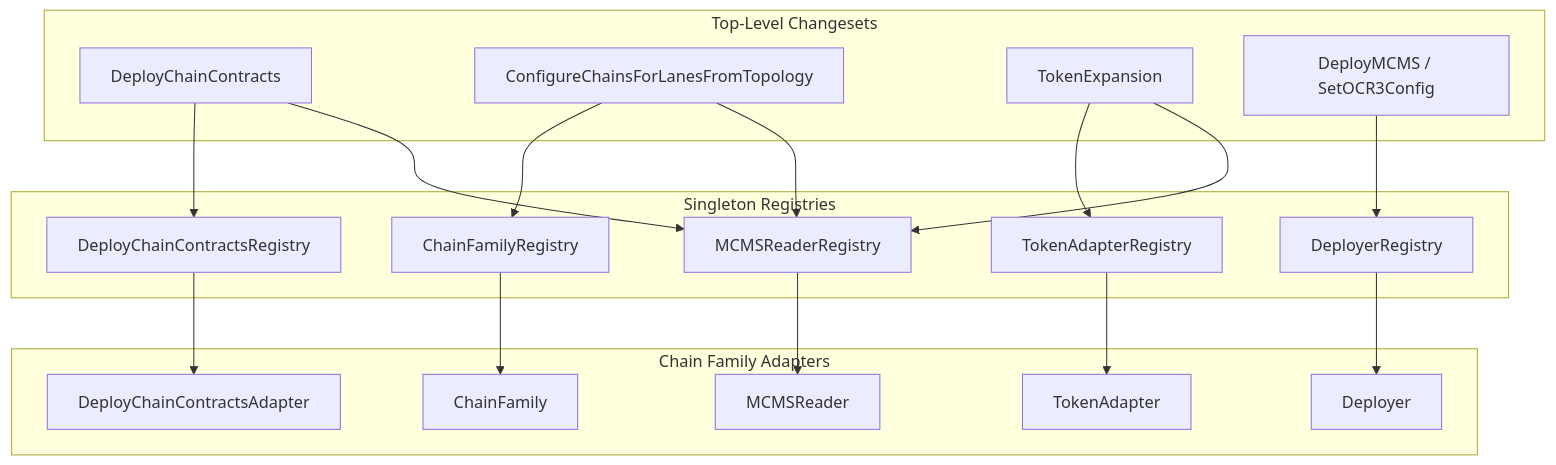
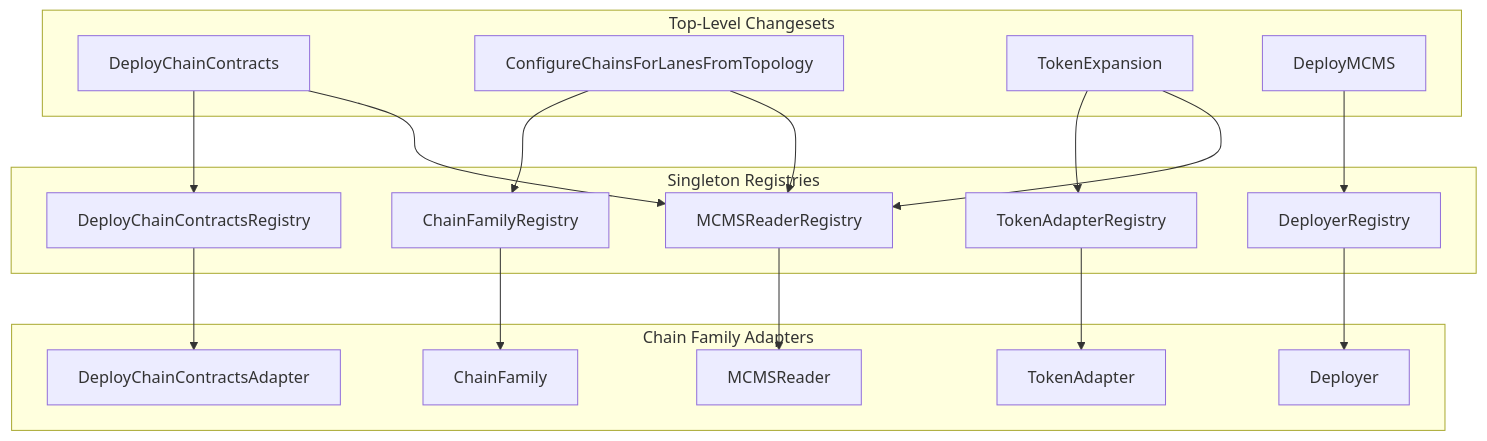
Before and after one commit to smartcontractkit/chainlink-ccip: the first of 2 diagrams in deployment/docs/ccip-2.0-integration-guide.md, drawn with Mermaid. The commit also changed other lines of this file, not shown here.

````diff
--- a/deployment/docs/ccip-2.0-integration-guide.md
+++ b/deployment/docs/ccip-2.0-integration-guide.md
@@ -35,38 +35,38 @@
 ```mermaid
 flowchart TB
     subgraph changesets [Top-Level Changesets]
         DCC["DeployChainContracts"]
         CCLFT["ConfigureChainsForLanesFromTopology"]
         TE["TokenExpansion"]
-        DMCMS["DeployMCMS / SetOCR3Config"]
+        DMCMS["DeployMCMS"]
     end
 
     subgraph registries [Singleton Registries]
         DCR["DeployChainContractsRegistry"]
         CFR["ChainFamilyRegistry"]
         TAR["TokenAdapterRegistry"]
         DR["DeployerRegistry"]
         MCR["MCMSReaderRegistry"]
     end
 
     subgraph adapters [Chain Family Adapters]
         DCA["DeployChainContractsAdapter"]
         CFA["ChainFamily"]
         TA["TokenAdapter"]
         DEP["Deployer"]
         MCMS["MCMSReader"]
     end
 
     DCC --> DCR
     DCR --> DCA
     CCLFT --> CFR
     CFR --> CFA
     TE --> TAR
     TAR --> TA
     DMCMS --> DR
     DR --> DEP
     DCC --> MCR
     CCLFT --> MCR
     TE --> MCR
     MCR --> MCMS
 ```
````
